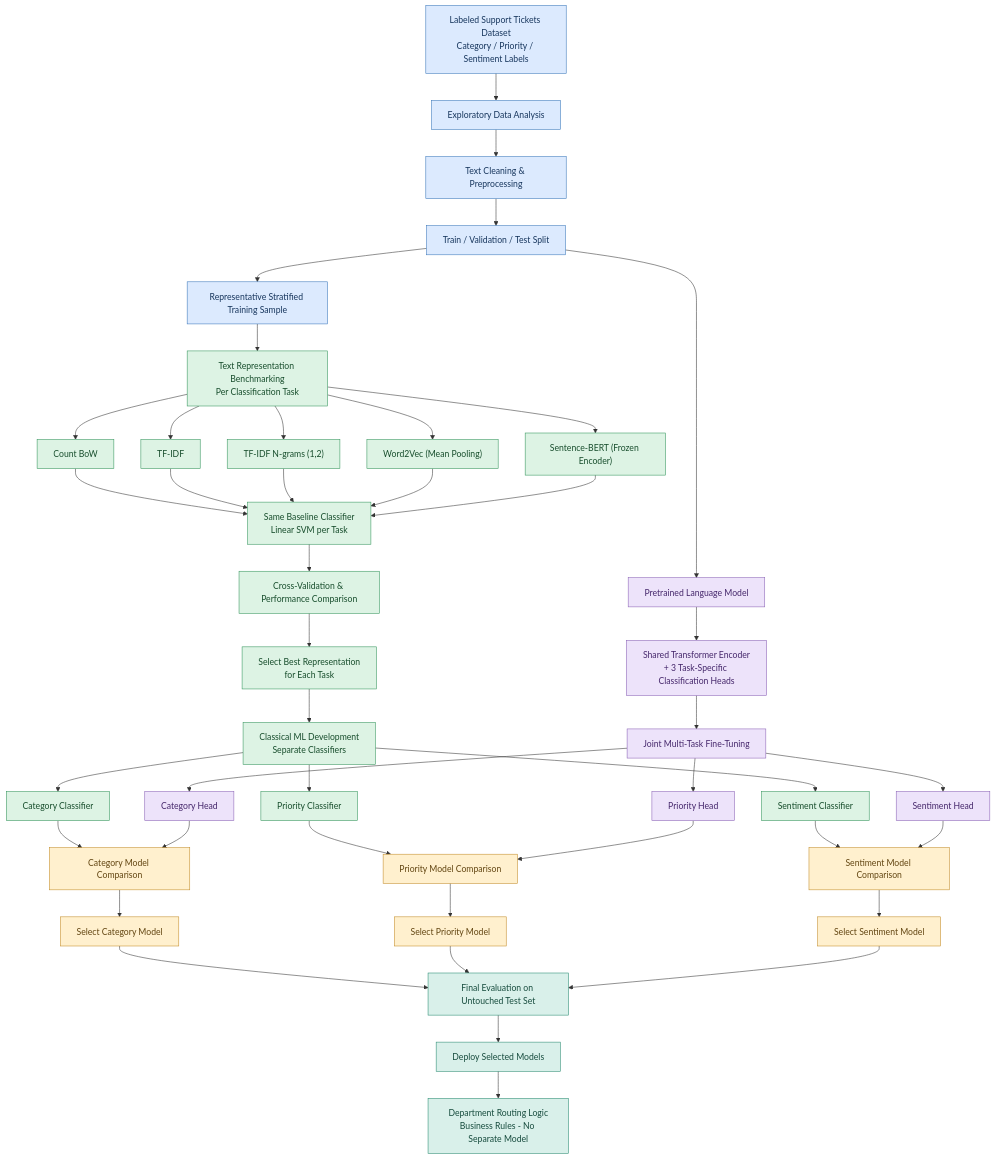
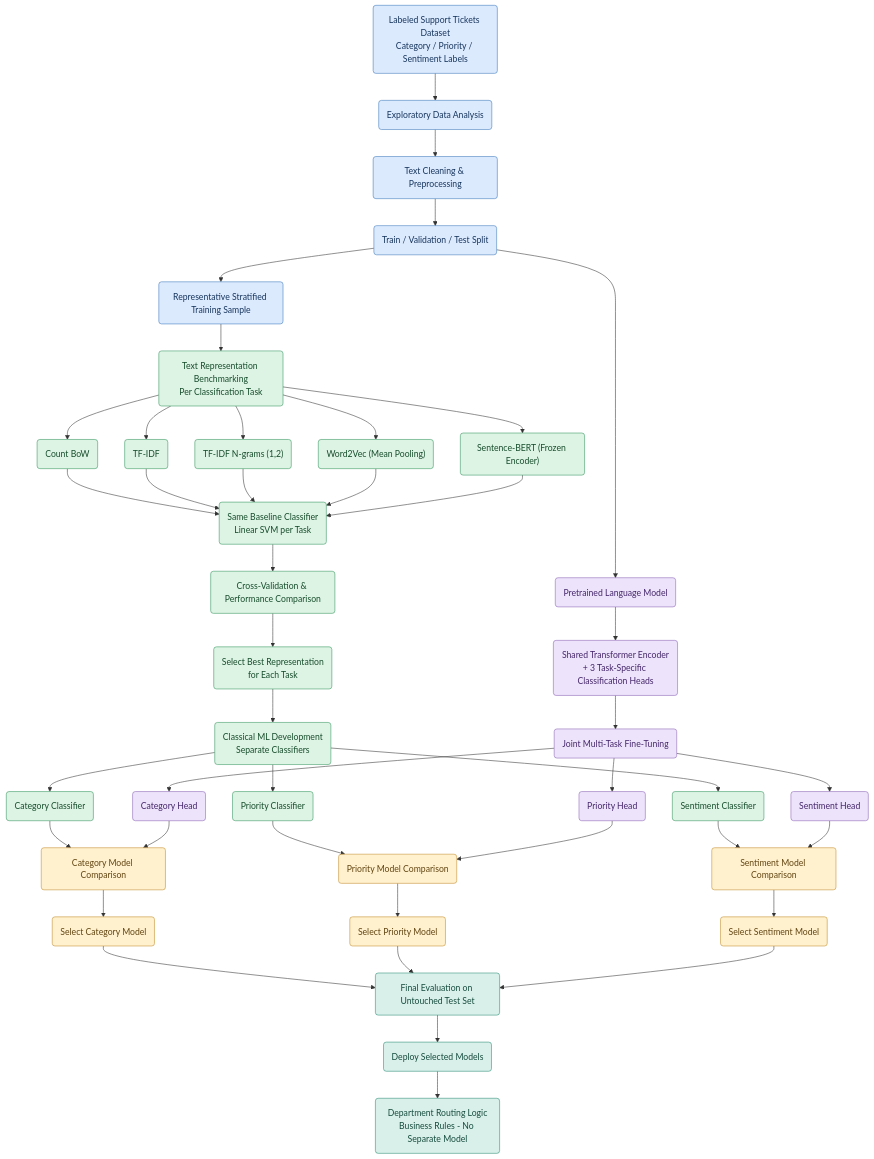
Before and after one commit to depi-r5-ism5-ais2-s1-support-copilot/support-ticket-copilot: the diagram in docs/workflows/model-development-workflow.md, drawn with Mermaid.

Commit message:
docs(workflows): update model development workflow

````diff
--- a/docs/workflows/model-development-workflow.md
+++ b/docs/workflows/model-development-workflow.md
@@ -6,73 +6,73 @@
 ```mermaid
 flowchart TD
-    A["Labeled Support Tickets Dataset<br/>Category / Priority / Sentiment Labels"]
-    B["Exploratory Data Analysis"]
-    C["Text Cleaning & Preprocessing"]
-    D["Train / Validation / Test Split"]
+    A("Labeled Support Tickets Dataset<br/>Category / Priority / Sentiment Labels")
+    B("Exploratory Data Analysis")
+    C("Text Cleaning & Preprocessing")
+    D("Train / Validation / Test Split")
 
     A --> B --> C --> D
 
-    D --> E["Representative Stratified Training Sample"]
-    E --> F["Text Representation Benchmarking<br/>Per Classification Task"]
+    D --> E("Representative Stratified Training Sample")
+    E --> F("Text Representation Benchmarking<br/>Per Classification Task")
 
-    F --> F1["Count BoW"]
-    F --> F2["TF-IDF"]
-    F --> F3["TF-IDF N-grams (1,2)"]
-    F --> F4["Word2Vec (Mean Pooling)"]
-    F --> F5["Sentence-BERT (Frozen Encoder)"]
+    F --> F1("Count BoW")
+    F --> F2("TF-IDF")
+    F --> F3("TF-IDF N-grams (1,2)")
+    F --> F4("Word2Vec (Mean Pooling)")
+    F --> F5("Sentence-BERT (Frozen Encoder)")
 
-    F1 --> G["Same Baseline Classifier<br/>Linear SVM per Task"]
+    F1 --> G("Same Baseline Classifier<br/>Linear SVM per Task")
     F2 --> G
     F3 --> G
     F4 --> G
     F5 --> G
 
-    G --> H["Cross-Validation & Performance Comparison"]
-    H --> I["Select Best Representation<br/>for Each Task"]
+    G --> H("Cross-Validation & Performance Comparison")
+    H --> I("Select Best Representation<br/>for Each Task")
 
-    I --> J["Classical ML Development<br/>Separate Classifiers"]
+    I --> J("Classical ML Development<br/>Separate Classifiers")
 
-    J --> J1["Category Classifier"]
-    J --> J2["Priority Classifier"]
-    J --> J3["Sentiment Classifier"]
+    J --> J1("Category Classifier")
+    J --> J2("Priority Classifier")
+    J --> J3("Sentiment Classifier")
 
-    D --> K["Pretrained Language Model"]
-    K --> L["Shared Transformer Encoder<br/>+ 3 Task-Specific Classification Heads"]
-    L --> M["Joint Multi-Task Fine-Tuning"]
+    D --> K("Pretrained Language Model")
+    K --> L("Shared Transformer Encoder<br/>+ 3 Task-Specific Classification Heads")
+    L --> M("Joint Multi-Task Fine-Tuning")
 
-    M --> M1["Category Head"]
-    M --> M2["Priority Head"]
-    M --> M3["Sentiment Head"]
+    M --> M1("Category Head")
+    M --> M2("Priority Head")
+    M --> M3("Sentiment Head")
 
-    J1 --> N1["Category Model Comparison"]
+    J1 --> N1("Category Model Comparison")
     M1 --> N1
 
-    J2 --> N2["Priority Model Comparison"]
+    J2 --> N2("Priority Model Comparison")
     M2 --> N2
 
-    J3 --> N3["Sentiment Model Comparison"]
+    J3 --> N3("Sentiment Model Comparison")
     M3 --> N3
 
-    N1 --> O1["Select Category Model"]
-    N2 --> O2["Select Priority Model"]
-    N3 --> O3["Select Sentiment Model"]
+    N1 --> O1("Select Category Model")
+    N2 --> O2("Select Priority Model")
+    N3 --> O3("Select Sentiment Model")
 
-    O1 --> P["Final Evaluation on Untouched Test Set"]
+    O1 --> P("Final Evaluation on Untouched Test Set")
     O2 --> P
     O3 --> P
 
-    P --> Q["Deploy Selected Models"]
-    Q --> R["Department Routing Logic<br/>Business Rules - No Separate Model"]
+    P --> Q("Deploy Selected Models")
+    Q --> R("Department Routing Logic<br/>Business Rules - No Separate Model")
 
     classDef data fill:#DCEAFE,stroke:#3976B9,color:#17365D
     classDef classical fill:#DDF3E4,stroke:#32945B,color:#174D2C
     classDef deep fill:#EDE3FA,stroke:#8961B5,color:#45276B
     classDef decision fill:#FFF0CE,stroke:#C28B27,color:#624511
     classDef output fill:#D9F0EA,stroke:#278A70,color:#164B3D
 
     class A,B,C,D,E data
     class F,F1,F2,F3,F4,F5,G,H,I,J,J1,J2,J3 classical
     class K,L,M,M1,M2,M3 deep
     class N1,N2,N3,O1,O2,O3 decision
     class P,Q,R output
 ```
````
